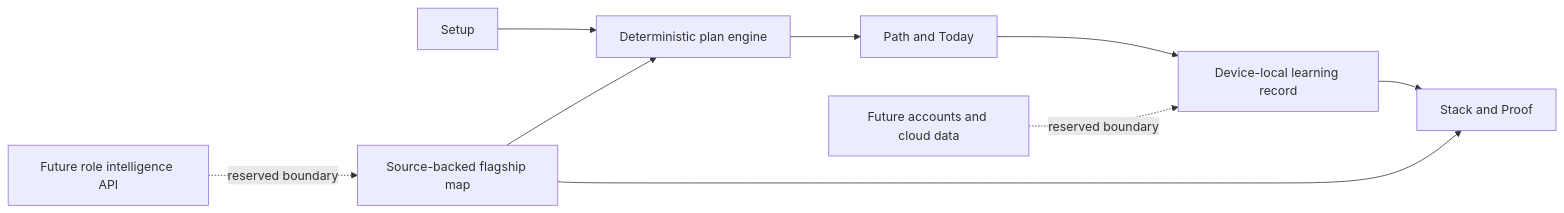
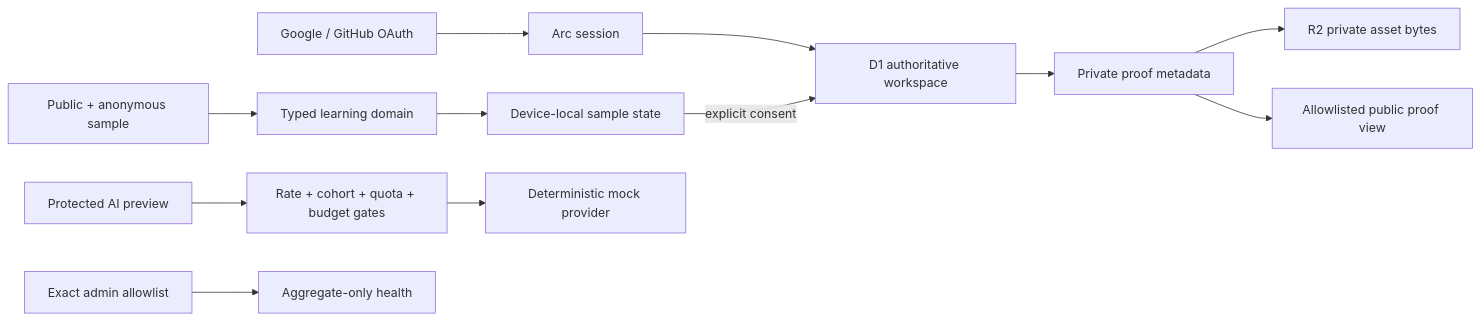
Before and after one commit to Earorua/arc: the diagram in README.md, drawn with Mermaid. The commit also changed other lines of this file and 5 other files, not shown here.

````diff
--- a/README.md
+++ b/README.md
@@ -34,11 +42,14 @@
 ```mermaid
 flowchart LR
-    A[Setup] --> B[Deterministic plan engine]
-    B --> C[Path and Today]
-    C --> D[Device-local learning record]
-    D --> E[Stack and Proof]
-    F[Source-backed flagship map] --> B
-    F --> E
-    G[Future role intelligence API] -. reserved boundary .-> F
-    H[Future accounts and cloud data] -. reserved boundary .-> D
+    A[Public + anonymous sample] --> B[Typed learning domain]
+    B --> C[Device-local sample state]
+    D[Google / GitHub OAuth] --> E[Arc session]
+    E --> F[D1 authoritative workspace]
+    C -->|explicit consent| F
+    F --> G[Private proof metadata]
+    G --> H[R2 private asset bytes]
+    G --> I[Allowlisted public proof view]
+    J[Protected AI preview] --> K[Rate + cohort + quota + budget gates]
+    K --> L[Deterministic mock provider]
+    M[Exact admin allowlist] --> N[Aggregate-only health]
 ```
````
